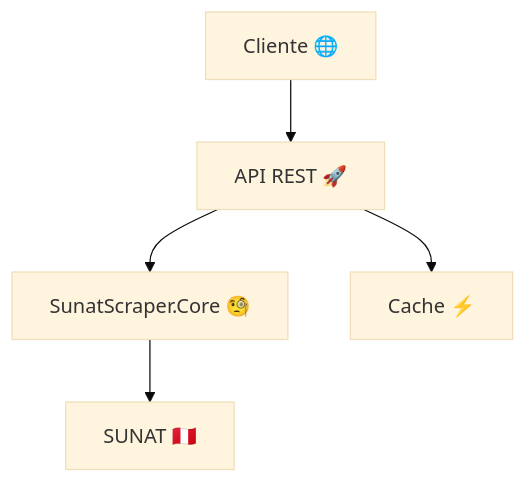
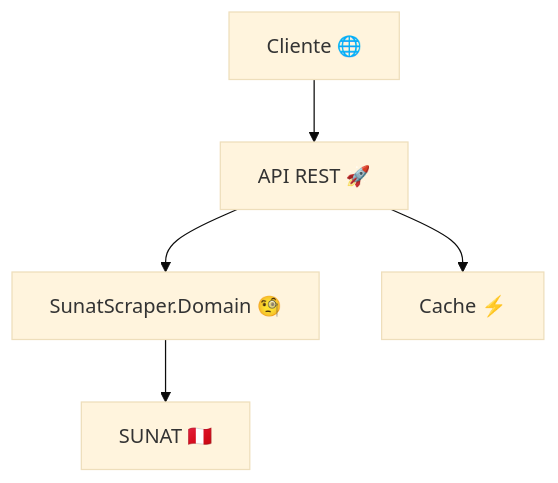
The diagram in README.md (CiaphasC/sunat-ruc-api), drawn with Mermaid (base theme) before and after one commit. The commit also changed other lines of this file and 16 other files, not shown here.

Commit message:
refactor: adopt clean architecture structure

````diff
--- a/README.md
+++ b/README.md
@@ -95,7 +96,7 @@
 ```mermaid
 graph TD;
     C[Cliente 🌐] --> A[API REST 🚀];
-    A --> B[SunatScraper.Core 🧐];
+    A --> B[SunatScraper.Domain 🧐];
     A --> D[Cache ⚡];
     B --> E[SUNAT 🇵🇪];
 ```
````
